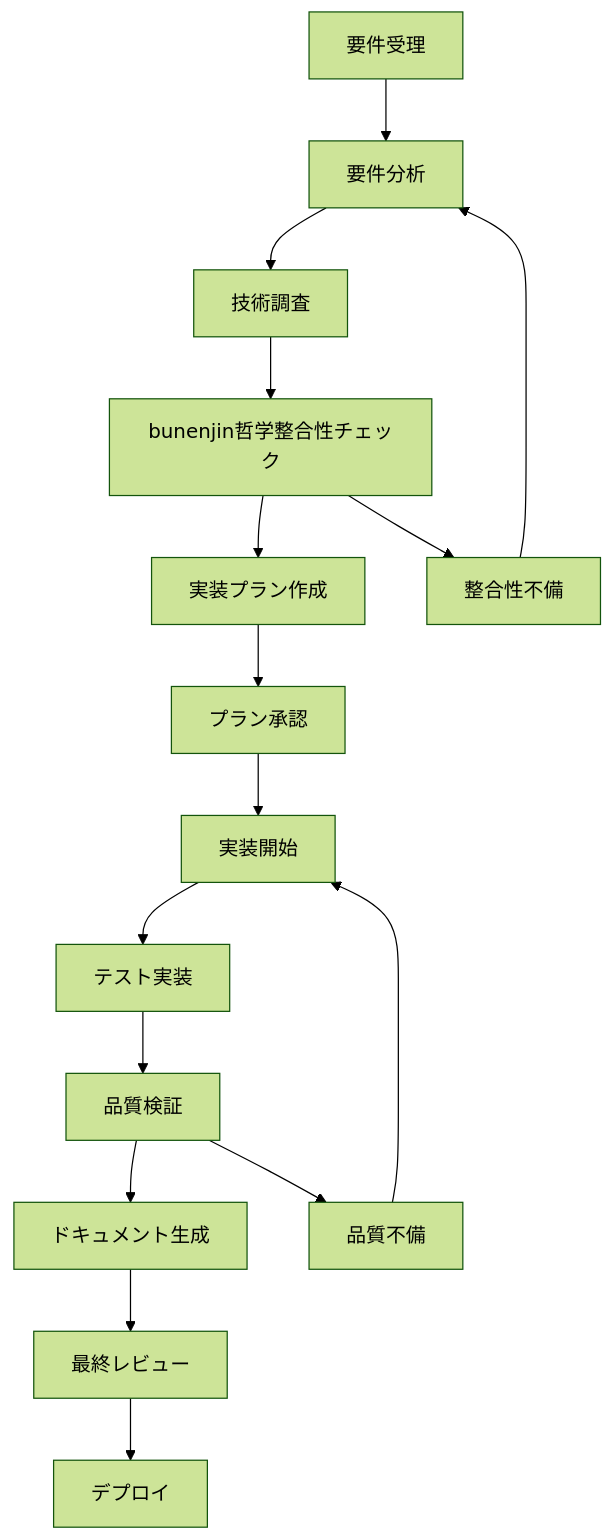
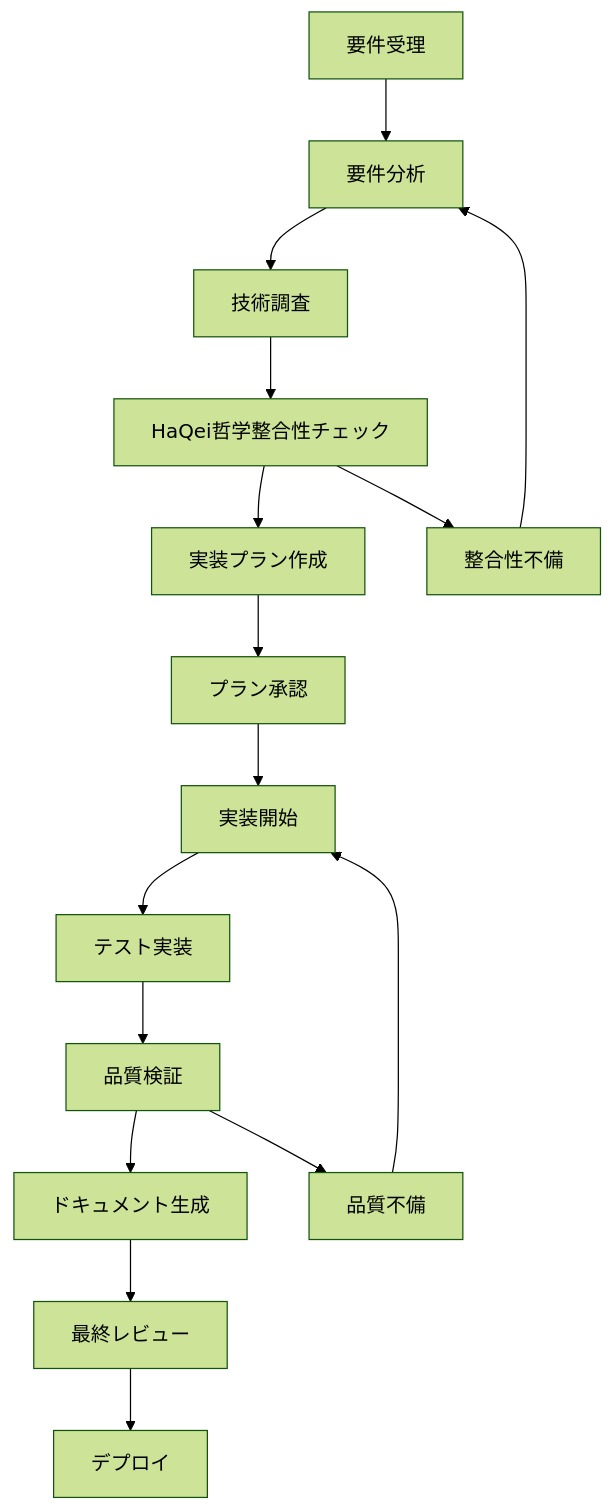
Before and after one commit to hidenaka/haqei-analyzer: the first of 3 diagrams in docs/development/20250730_project_workflow_guide.md, drawn with Mermaid (forest theme). The commit also changed other lines of this file and 1060 other files, not shown here.

````diff
--- a/docs/development/20250730_project_workflow_guide.md
+++ b/docs/development/20250730_project_workflow_guide.md
@@ -88,19 +88,19 @@
 ```mermaid
 graph TD
     A[要件受理] --> B[要件分析]
     B --> C[技術調査]
-    C --> D[bunenjin哲学整合性チェック]
+    C --> D[HaQei哲学整合性チェック]
     D --> E[実装プラン作成]
     E --> F[プラン承認]
     F --> G[実装開始]
     G --> H[テスト実装]
     H --> I[品質検証]
     I --> J[ドキュメント生成]
     J --> K[最終レビュー]
     K --> L[デプロイ]
     
     D --> M[整合性不備]
     M --> B
     I --> N[品質不備]
     N --> G
 ```
````
